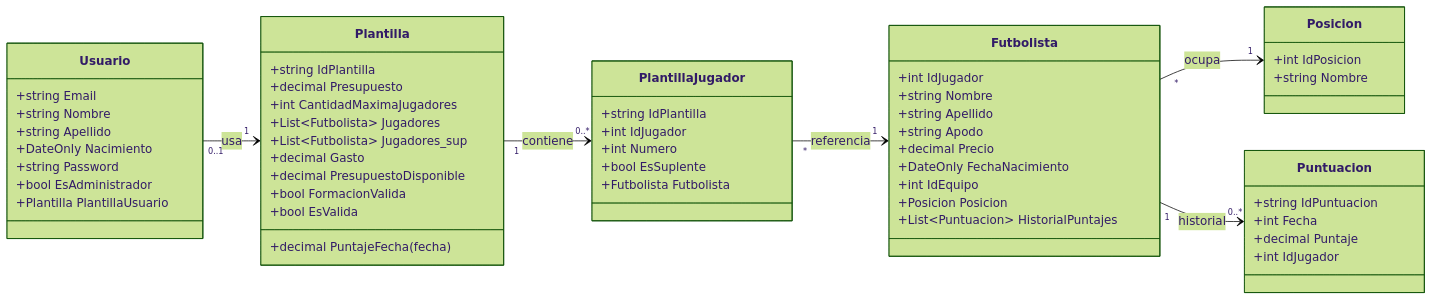
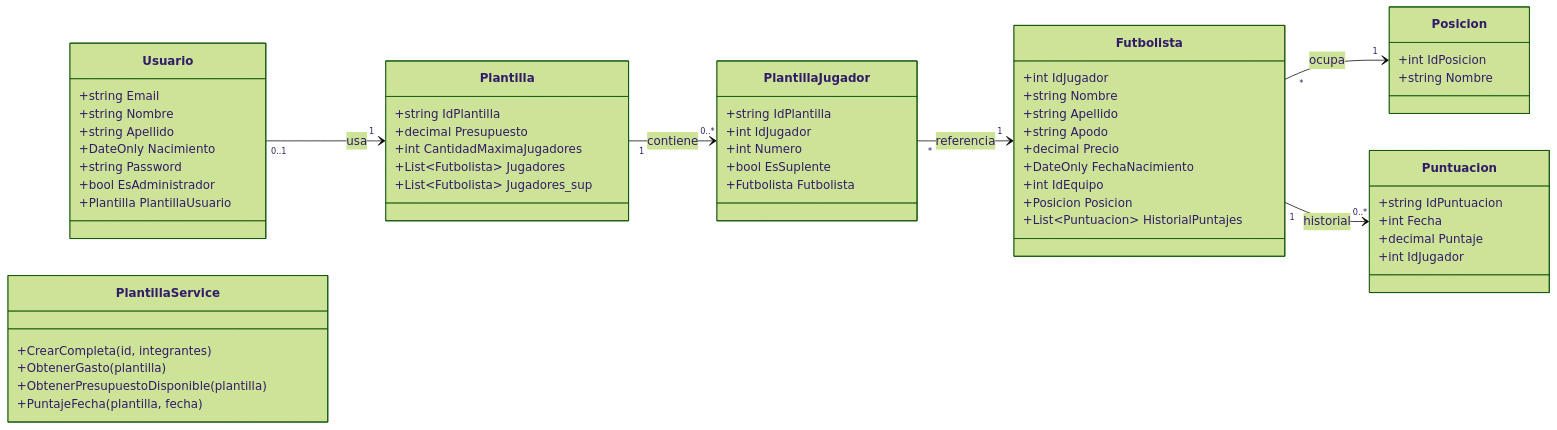
The diagram in doc/Diagrama de Clases.md (solarflare1xd/GranDT_Clases), drawn with Mermaid (forest theme) before and after one commit. The commit also changed 19 other files, not shown here.

````diff
--- a/doc/Diagrama de Clases.md
+++ b/doc/Diagrama de Clases.md
@@ -3,59 +3,60 @@
 ```mermaid
 classDiagram
 direction LR
     class Usuario {
         +string Email
         +string Nombre
         +string Apellido
         +DateOnly Nacimiento
         +string Password
         +bool EsAdministrador
         +Plantilla PlantillaUsuario
     }
     class Plantilla {
         +string IdPlantilla
         +decimal Presupuesto
         +int CantidadMaximaJugadores
         +List~Futbolista~ Jugadores
         +List~Futbolista~ Jugadores_sup
-        +decimal Gasto
-        +decimal PresupuestoDisponible
-        +bool FormacionValida
-        +bool EsValida
-        +decimal PuntajeFecha(fecha)
+    }
+    class PlantillaService {
+        +CrearCompleta(id, integrantes)
+        +ObtenerGasto(plantilla)
+        +ObtenerPresupuestoDisponible(plantilla)
+        +PuntajeFecha(plantilla, fecha)
     }
     class Futbolista {
         +int IdJugador
         +string Nombre
         +string Apellido
         +string Apodo
         +decimal Precio
         +DateOnly FechaNacimiento
         +int IdEquipo
         +Posicion Posicion
         +List~Puntuacion~ HistorialPuntajes
     }
     class Posicion {
         +int IdPosicion
         +string Nombre
     }
     class PlantillaJugador {
         +string IdPlantilla
         +int IdJugador
         +int Numero
         +bool EsSuplente
         +Futbolista Futbolista
     }
     class Puntuacion {
         +string IdPuntuacion
         +int Fecha
         +decimal Puntaje
         +int IdJugador
     }
 
     Usuario "0..1" --> "1" Plantilla : usa
     Plantilla "1" --> "0..*" PlantillaJugador : contiene
     PlantillaJugador "*" --> "1" Futbolista : referencia
     Futbolista "*" --> "1" Posicion : ocupa
     Futbolista "1" --> "0..*" Puntuacion : historial
 ```
````
